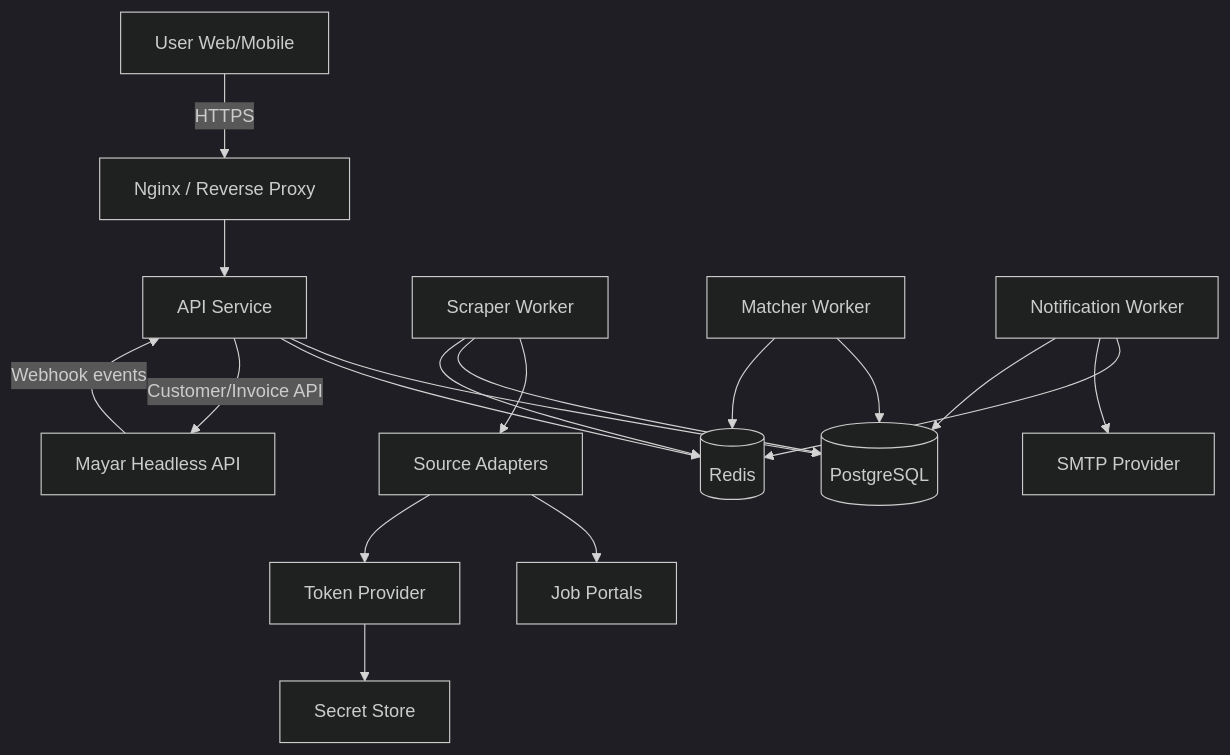
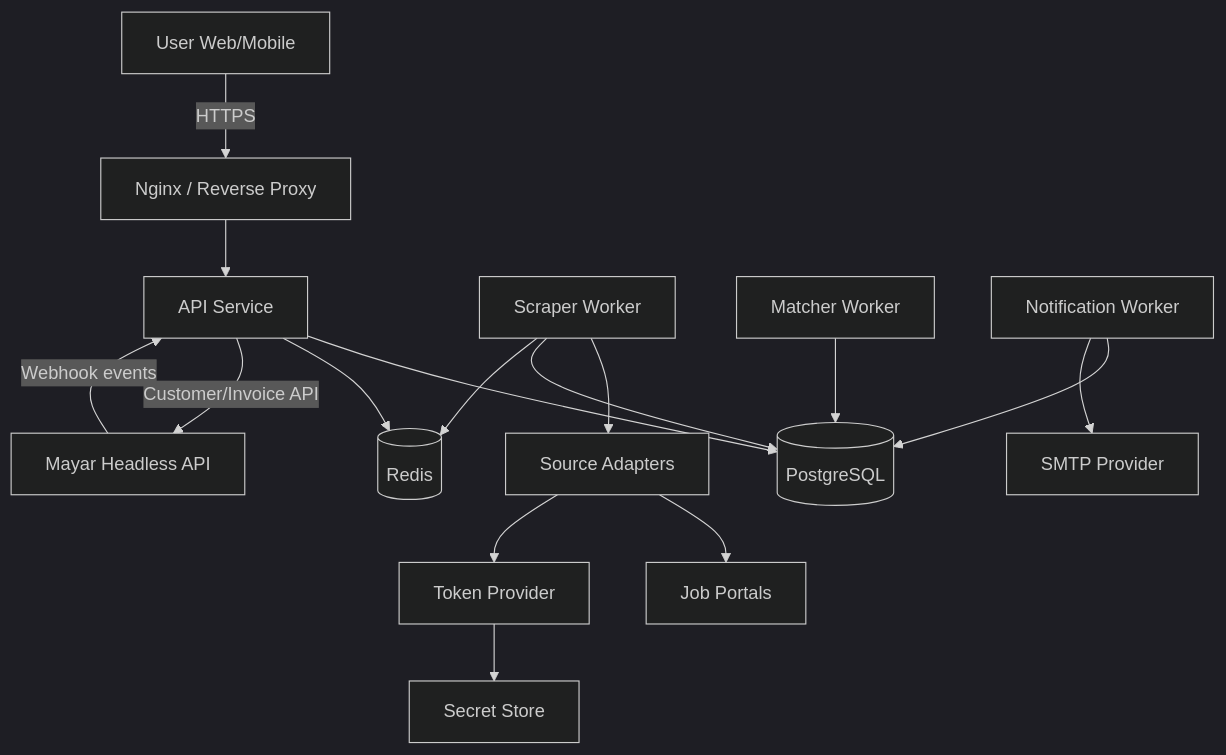
The diagram in docs/architecture/system_architecture.md (salmanabdurrahman/bisakerja.com), drawn with Mermaid (dark theme) before and after one commit. The commit also changed other lines of this file and 27 other files, not shown here.

````diff
--- a/docs/architecture/system_architecture.md
+++ b/docs/architecture/system_architecture.md
@@ -7,24 +7,22 @@
 ```mermaid
 graph TD
   U[User Web/Mobile] -->|HTTPS| NGINX[Nginx / Reverse Proxy]
   NGINX --> API[API Service]
   API --> PG[(PostgreSQL)]
   API --> R[(Redis)]
 
   SCRAPER[Scraper Worker] --> ADAPTERS[Source Adapters]
   ADAPTERS --> PORTALS[Job Portals]
   ADAPTERS --> TOK[Token Provider]
   TOK --> SEC[Secret Store]
   SCRAPER --> PG
   SCRAPER --> R
 
   MATCHER[Matcher Worker] --> PG
-  MATCHER --> R
 
-  NOTIFIER[Notification Worker] --> R
+  NOTIFIER[Notification Worker] --> PG
   NOTIFIER --> SMTP[SMTP Provider]
-  NOTIFIER --> PG
 
   API -->|Customer/Invoice API| MAYAR_API[Mayar Headless API]
   MAYAR_API -->|Webhook events| API
 ```
````
